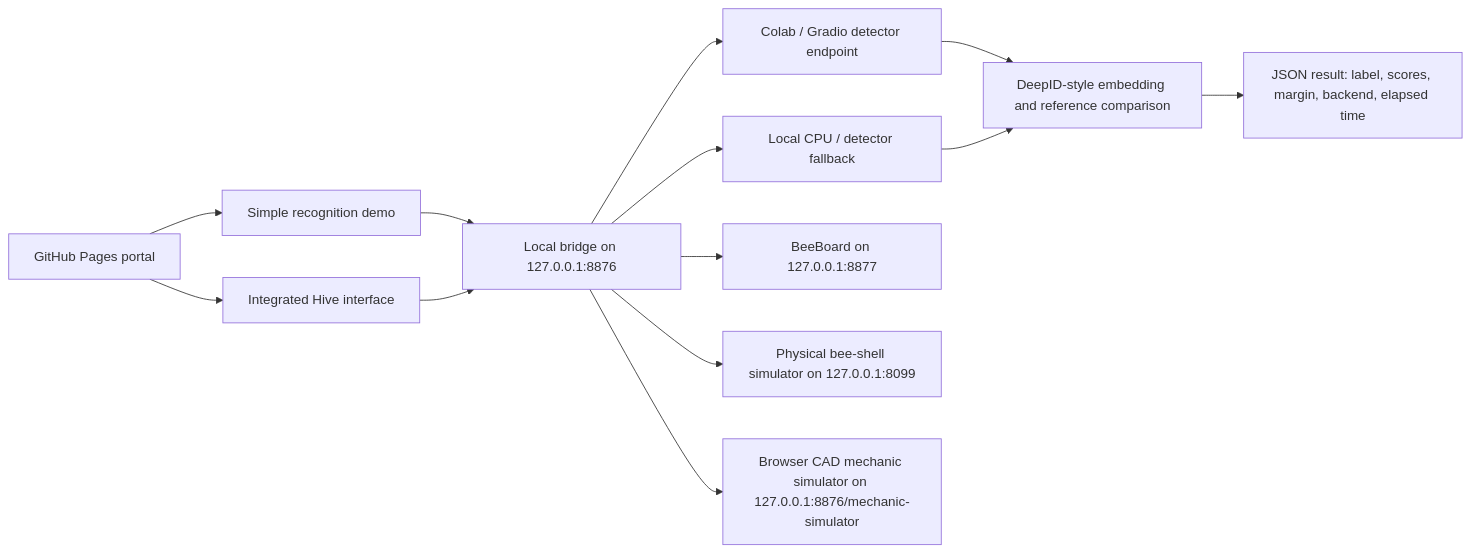
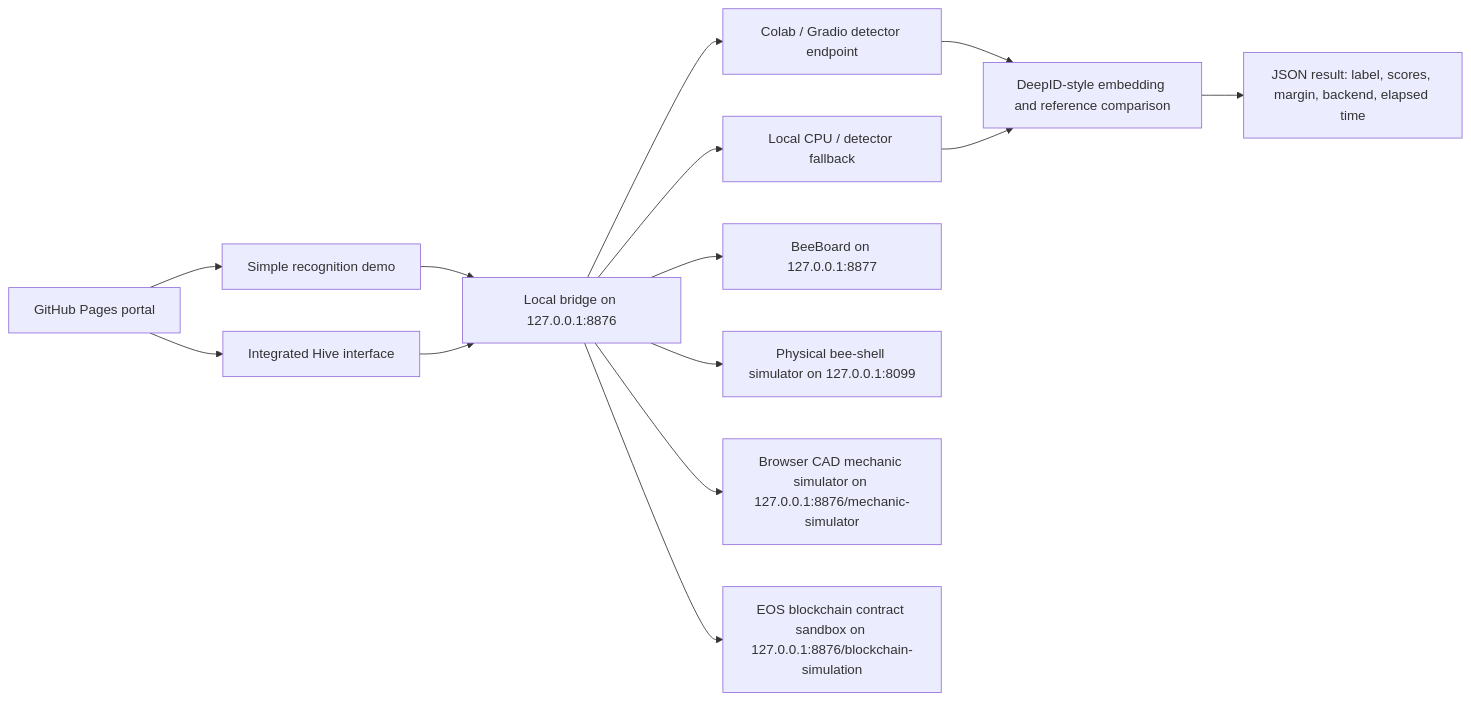
One commit to Holodininyaroslav/bee-face-recognition-project changed the diagram in README.md. Above: the diagram before and after it, drawn with Mermaid. The commit also changed other lines of this file and 2 other files, not shown here.

Commit message:
Add EOS blockchain simulation docs

````diff
--- a/README.md
+++ b/README.md
@@ -36,15 +37,16 @@
 ```mermaid
 flowchart LR
     A["GitHub Pages portal"] --> B["Simple recognition demo"]
     A --> C["Integrated Hive interface"]
     B --> D["Local bridge on 127.0.0.1:8876"]
     C --> D
     D --> E["Colab / Gradio detector endpoint"]
     D --> F["Local CPU / detector fallback"]
     D --> G["BeeBoard on 127.0.0.1:8877"]
     D --> H["Physical bee-shell simulator on 127.0.0.1:8099"]
     D --> K["Browser CAD mechanic simulator on 127.0.0.1:8876/mechanic-simulator"]
+    D --> L["EOS blockchain contract sandbox on 127.0.0.1:8876/blockchain-simulation"]
     E --> I["DeepID-style embedding and reference comparison"]
     F --> I
     I --> J["JSON result: label, scores, margin, backend, elapsed time"]
 ```
````
